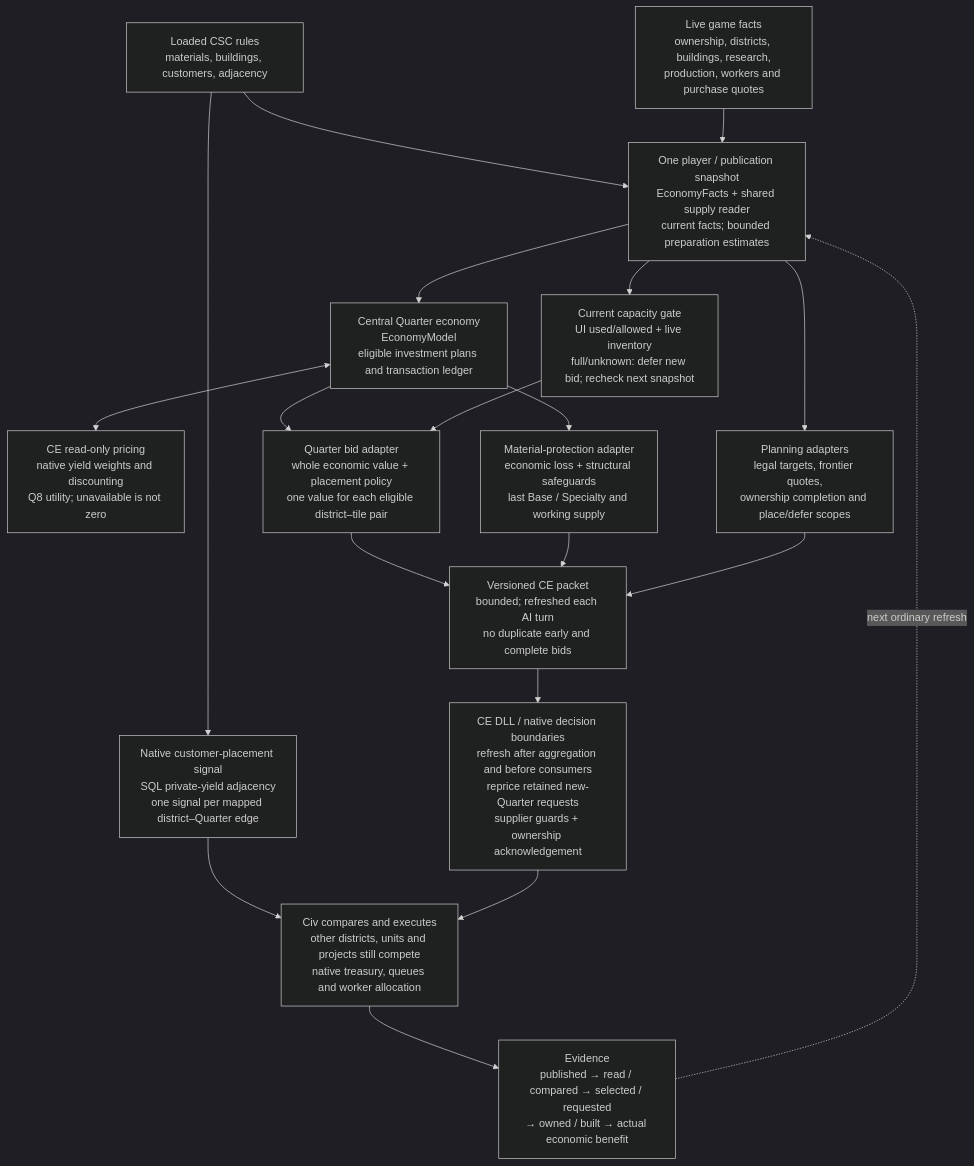
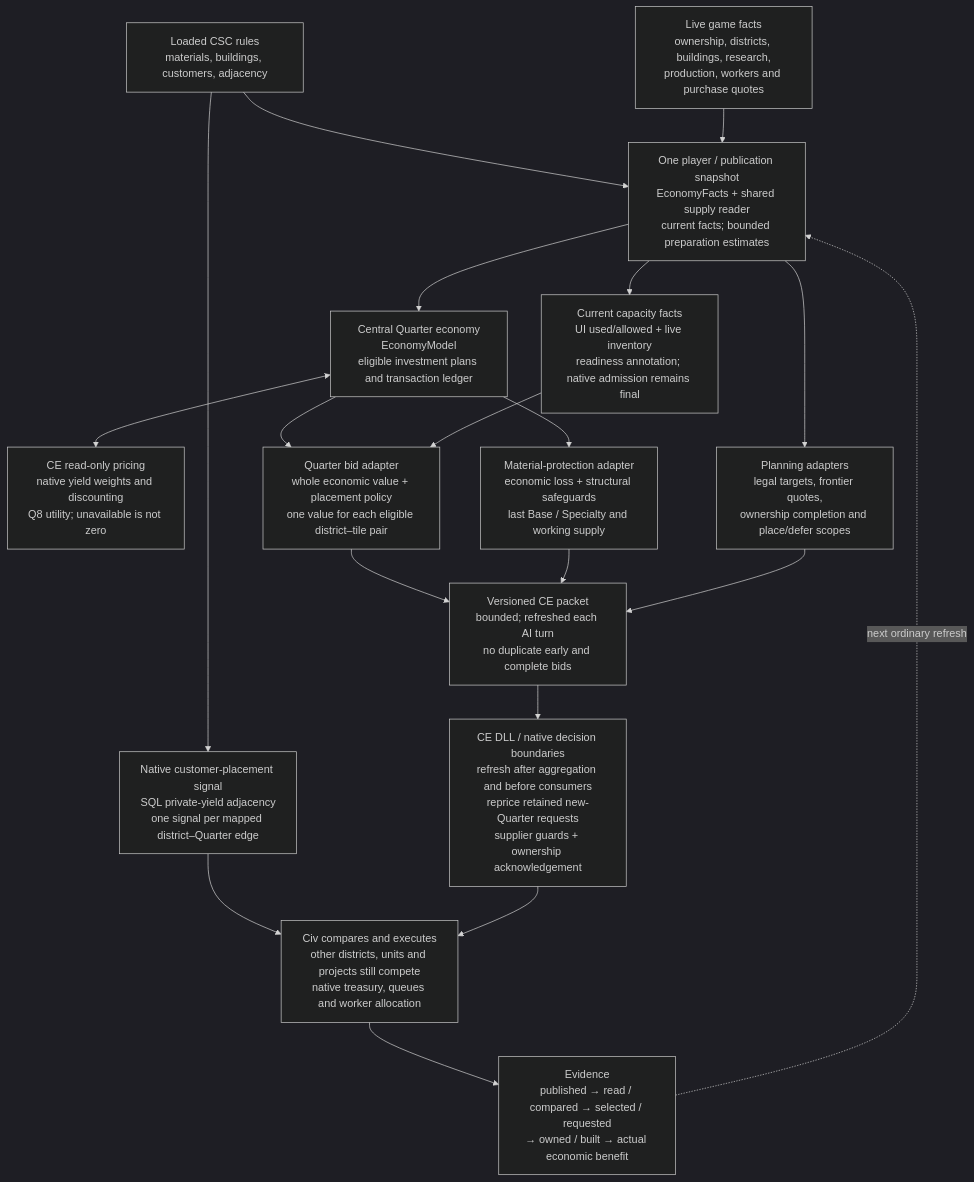
The diagram in project/docs/civ6-ai/architecture.md (hennogous/Henno-Mods), drawn with Mermaid (dark theme) before and after one commit. The commit also changed other lines of this file and 12 other files, not shown here.

````diff
--- a/project/docs/civ6-ai/architecture.md
+++ b/project/docs/civ6-ai/architecture.md
@@ -36,35 +42,35 @@
 ```mermaid
 flowchart TD
     DB["Loaded CSC rules<br/>materials, buildings, customers, adjacency"]
     LIVE["Live game facts<br/>ownership, districts, buildings, research,<br/>production, workers and purchase quotes"]
     FACTS["One player / publication snapshot<br/>EconomyFacts + shared supply reader<br/>current facts; bounded preparation estimates"]
     MODEL["Central Quarter economy<br/>EconomyModel<br/>eligible investment plans and transaction ledger"]
     PRICE["CE read-only pricing<br/>native yield weights and discounting<br/>Q8 utility; unavailable is not zero"]
     SITE["Quarter bid adapter<br/>whole economic value + placement policy<br/>one value for each eligible district–tile pair"]
-    CAP["Current capacity gate<br/>UI used/allowed + live inventory<br/>full/unknown: defer new bid; recheck next snapshot"]
+    CAP["Current capacity facts<br/>UI used/allowed + live inventory<br/>readiness annotation; native admission remains final"]
     PROTECT["Material-protection adapter<br/>economic loss + structural safeguards<br/>last Base / Specialty and working supply"]
     PLAN["Planning adapters<br/>legal targets, frontier quotes,<br/>ownership completion and place/defer scopes"]
     SQL["Native customer-placement signal<br/>SQL private-yield adjacency<br/>one signal per mapped district–Quarter edge"]
     PACKET["Versioned CE packet<br/>bounded; refreshed each AI turn<br/>no duplicate early and complete bids"]
     CE["CE DLL / native decision boundaries<br/>refresh after aggregation and before consumers<br/>reprice retained new-Quarter requests<br/>supplier guards + ownership acknowledgement"]
     CIV["Civ compares and executes<br/>other districts, units and projects still compete<br/>native treasury, queues and worker allocation"]
     OBS["Evidence<br/>published → read / compared → selected / requested<br/>→ owned / built → actual economic benefit"]
     DB --> FACTS
     LIVE --> FACTS
     FACTS --> MODEL
     MODEL <--> PRICE
     MODEL --> SITE
     FACTS --> CAP
     CAP --> SITE
     MODEL --> PROTECT
     FACTS --> PLAN
     DB --> SQL
     SITE --> PACKET
     PROTECT --> PACKET
     PLAN --> PACKET
     PACKET --> CE
     SQL --> CIV
     CE --> CIV
     CIV --> OBS
     OBS -. "next ordinary refresh" .-> FACTS
 ```
````
